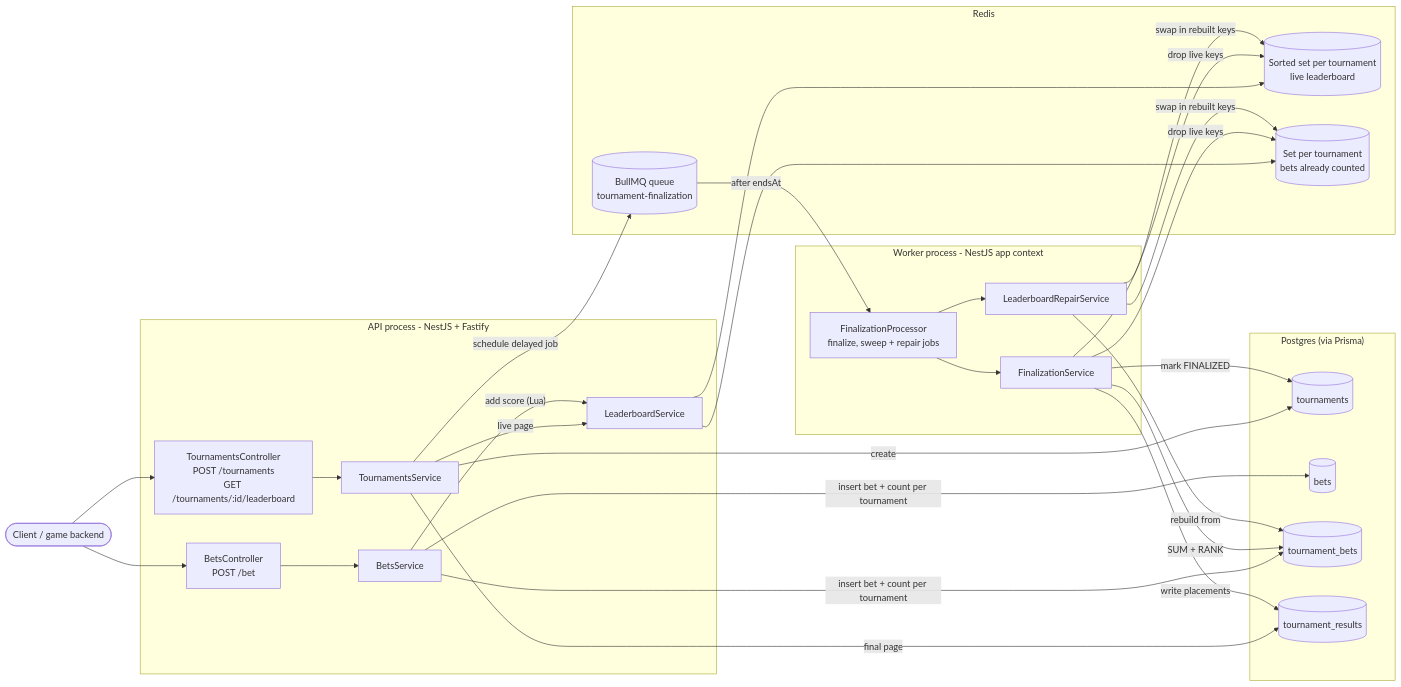
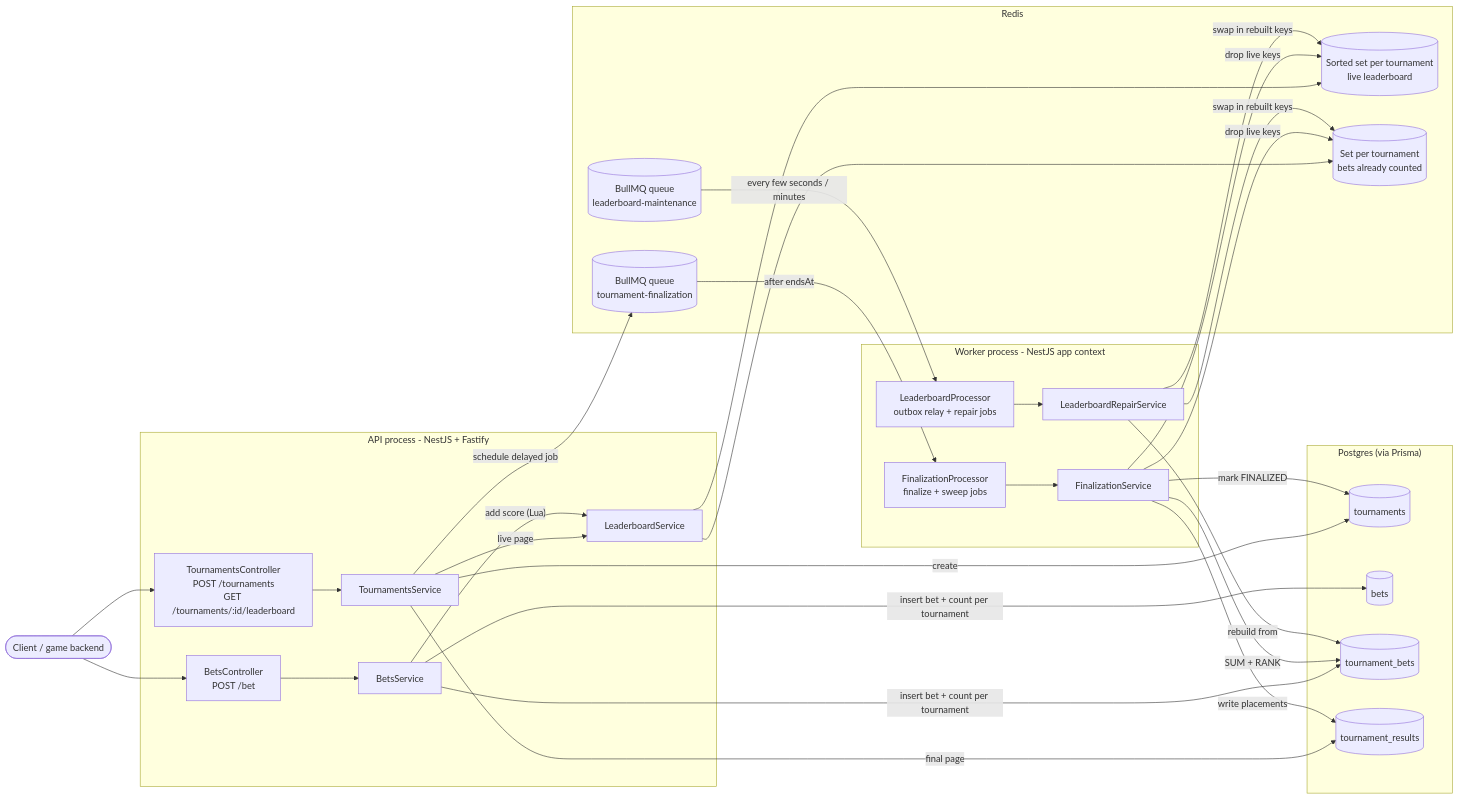
The first of 4 diagrams in README.md (tomBold/tournaments), drawn with Mermaid before and after one commit. The commit also changed other lines of this file and 14 other files, not shown here.

First line of the commit message:
Rebuild partially lost leaderboards and keep the outbox relay from starving finalization.

````diff
--- a/README.md
+++ b/README.md
@@ -125,51 +125,54 @@
 ```mermaid
 flowchart LR
     Client(["Client / game backend"])
 
     subgraph API["API process - NestJS + Fastify"]
         TC["TournamentsController<br/>POST /tournaments<br/>GET /tournaments/:id/leaderboard"]
         BC["BetsController<br/>POST /bet"]
         TS["TournamentsService"]
         BS["BetsService"]
         LS["LeaderboardService"]
     end
 
     subgraph Worker["Worker process - NestJS app context"]
-        FP["FinalizationProcessor<br/>finalize, sweep + repair jobs"]
+        FP["FinalizationProcessor<br/>finalize + sweep jobs"]
         FS["FinalizationService"]
+        LP["LeaderboardProcessor<br/>outbox relay + repair jobs"]
         RS["LeaderboardRepairService"]
     end
 
     subgraph Redis["Redis"]
         ZSET[("Sorted set per tournament<br/>live leaderboard")]
         SEEN[("Set per tournament<br/>bets already counted")]
         Q[("BullMQ queue<br/>tournament-finalization")]
+        LQ[("BullMQ queue<br/>leaderboard-maintenance")]
     end
 
     subgraph PG["Postgres (via Prisma)"]
         T[("tournaments")]
         B[("bets")]
         TB[("tournament_bets")]
         TR[("tournament_results")]
     end
 
     Client --> TC & BC
     TC --> TS
     BC --> BS
     TS -- "create" --> T
     TS -- "schedule delayed job" --> Q
     TS -- "live page" --> LS
     TS -- "final page" --> TR
     BS -- "insert bet + count per tournament" --> B & TB
     BS -- "add score (Lua)" --> LS
     LS --> ZSET & SEEN
     Q -- "after endsAt" --> FP
     FP --> FS
     FS -- "SUM + RANK" --> TB
     FS -- "write placements" --> TR
     FS -- "mark FINALIZED" --> T
     FS -- "drop live keys" --> ZSET & SEEN
-    FP --> RS
+    LQ -- "every few seconds / minutes" --> LP
+    LP --> RS
     RS -- "rebuild from" --> TB
     RS -- "swap in rebuilt keys" --> ZSET & SEEN
 ```
````
